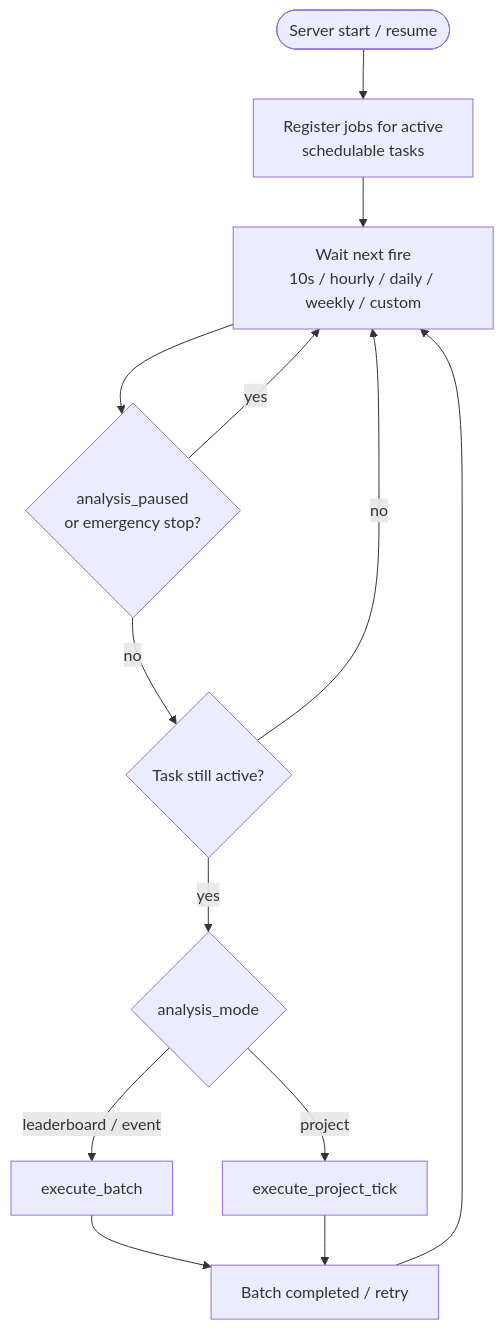
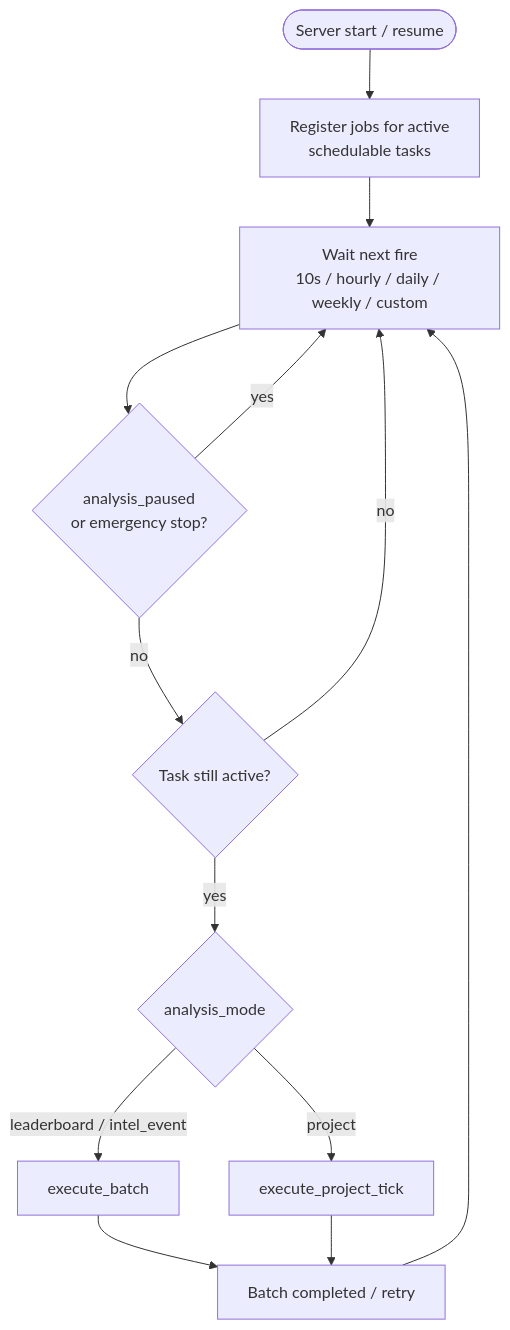
Before and after one commit to Wing9897/im: the third of 4 diagrams in docs/diagrams/README.md, drawn with Mermaid. The commit also changed other lines of this file and 21 other files, not shown here.

First line of the commit message:
Clean leftover naming docs and tech debt after intel_event rename

````diff
--- a/docs/diagrams/README.md
+++ b/docs/diagrams/README.md
@@ -88,15 +88,15 @@
 ```mermaid
 flowchart TB
   START([Server start / resume]) --> REG[Register jobs for active<br/>schedulable tasks]
   REG --> WAIT[Wait next fire<br/>10s / hourly / daily / weekly / custom]
   WAIT --> PAUSE{analysis_paused<br/>or emergency stop?}
   PAUSE -->|yes| WAIT
   PAUSE -->|no| ACTIVE{Task still active?}
   ACTIVE -->|no| WAIT
   ACTIVE -->|yes| MODE{analysis_mode}
-  MODE -->|leaderboard / event| BATCH[execute_batch]
+  MODE -->|leaderboard / intel_event| BATCH[execute_batch]
   MODE -->|project| TICK[execute_project_tick]
   BATCH --> DONE[Batch completed / retry]
   TICK --> DONE
   DONE --> WAIT
 ```
````
